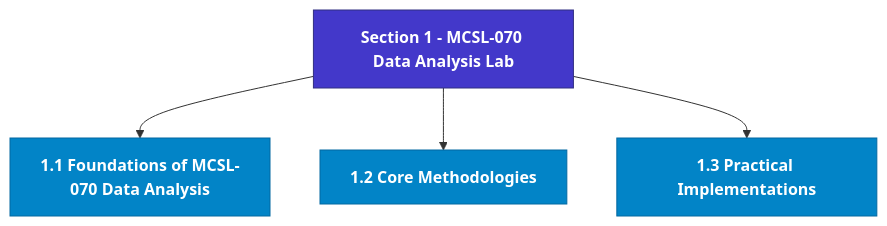
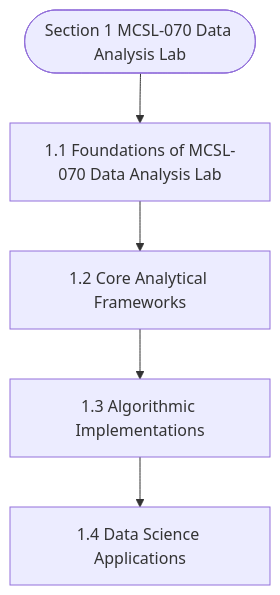
One commit to Asutosh-Coaching/mscdsa changed the diagram in notes/Semester_2/MCSL-070_Data_Analysis_Lab/unit_01_MCSL-070_Data_Analysis_Lab.md. Above: the diagram before and after it, drawn with Mermaid. The commit also changed other lines of this file and 115 other files, not shown here.

Commit message:
Fix Mermaid layout for mobile, isolate LaTeX delimiters, and add GitHub Pages reader

````diff
--- a/notes/Semester_2/MCSL-070_Data_Analysis_Lab/unit_01_MCSL-070_Data_Analysis_Lab.md
+++ b/notes/Semester_2/MCSL-070_Data_Analysis_Lab/unit_01_MCSL-070_Data_Analysis_Lab.md
@@ -19,15 +19,12 @@
 ```mermaid
 flowchart TD
-  %% Styling Definitions
-  classDef head fill:#4338ca,stroke:#312e81,color:#ffffff,font-weight:bold;
-  classDef topic fill:#0284c7,stroke:#0369a1,color:#ffffff,font-weight:600;
-  classDef sub fill:#1e293b,stroke:#475569,color:#f8fafc;
-
-  Root["Section 1 - MCSL-070 Data Analysis Lab"]:::head
-  M1["1.1 Foundations of MCSL-070 Data Analysis "]:::topic
-  Root --> M1
-  M2["1.2 Core Methodologies"]:::topic
-  Root --> M2
-  M3["1.3 Practical Implementations"]:::topic
-  Root --> M3
+  Start(["Section 1 MCSL-070 Data Analysis Lab"])
+  N1["1.1 Foundations of MCSL-070 Data Analysis Lab"]
+  N2["1.2 Core Analytical Frameworks"]
+  N3["1.3 Algorithmic Implementations"]
+  N4["1.4 Data Science Applications"]
+  Start --> N1
+  N1 --> N2
+  N2 --> N3
+  N3 --> N4
 ```
````
